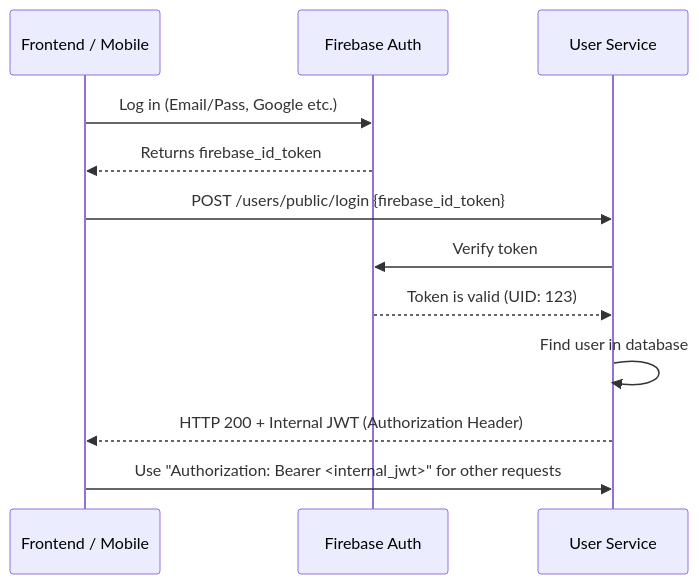
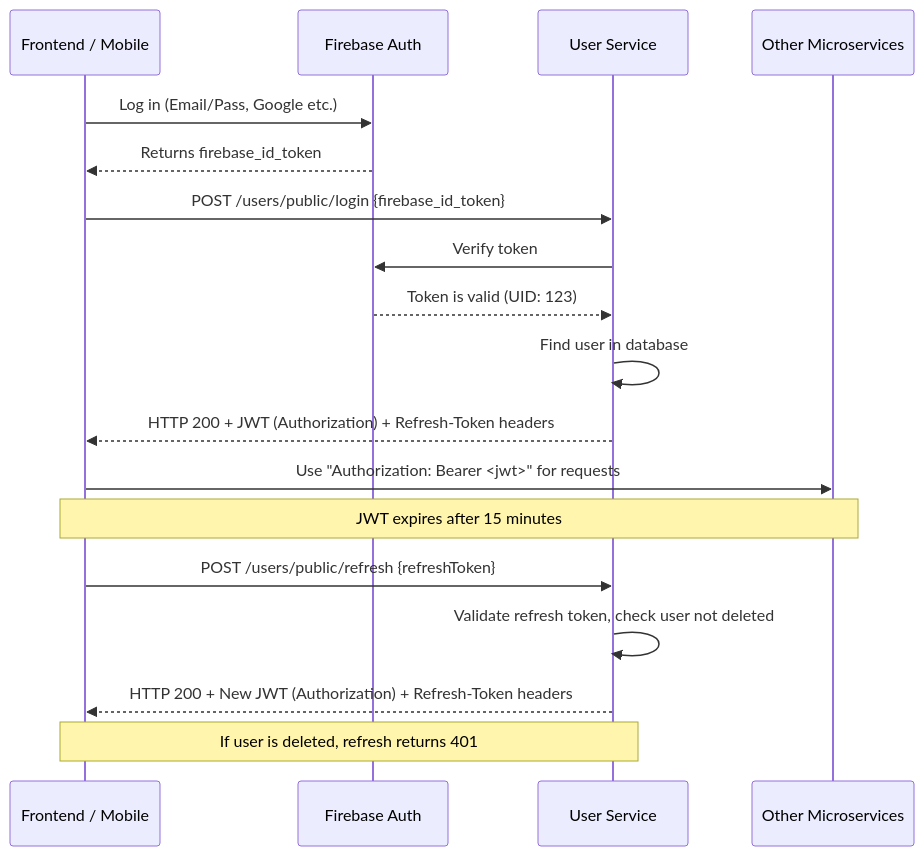
The diagram in README.md (ergules/sniffas-user), drawn with Mermaid before and after one commit. The commit also changed other lines of this file and 18 other files, not shown here.

Commit message:
refresh token implementation - login api returns a refresh token, that can be used on /refresh

````diff
--- a/README.md
+++ b/README.md
@@ -13,15 +13,21 @@
 ```mermaid
 sequenceDiagram
     participant FE as Frontend / Mobile
     participant FB as Firebase Auth
     participant API as User Service
-    
+    participant MS as Other Microservices
+
     FE->>FB: Log in (Email/Pass, Google etc.)
     FB-->>FE: Returns firebase_id_token
     FE->>API: POST /users/public/login {firebase_id_token}
     API->>FB: Verify token
     FB-->>API: Token is valid (UID: 123)
     API->>API: Find user in database
-    API-->>FE: HTTP 200 + Internal JWT (Authorization Header)
-    FE->>API: Use "Authorization: Bearer <internal_jwt>" for other requests
+    API-->>FE: HTTP 200 + JWT (Authorization) + Refresh-Token headers
+    FE->>MS: Use "Authorization: Bearer <jwt>" for requests
+    Note over FE,MS: JWT expires after 15 minutes
+    FE->>API: POST /users/public/refresh {refreshToken}
+    API->>API: Validate refresh token, check user not deleted
+    API-->>FE: HTTP 200 + New JWT (Authorization) + Refresh-Token headers
+    Note over FE,API: If user is deleted, refresh returns 401
 ```
````
